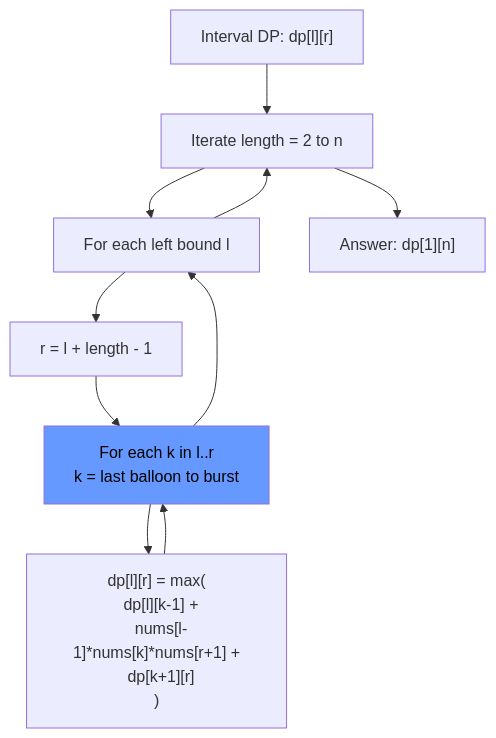
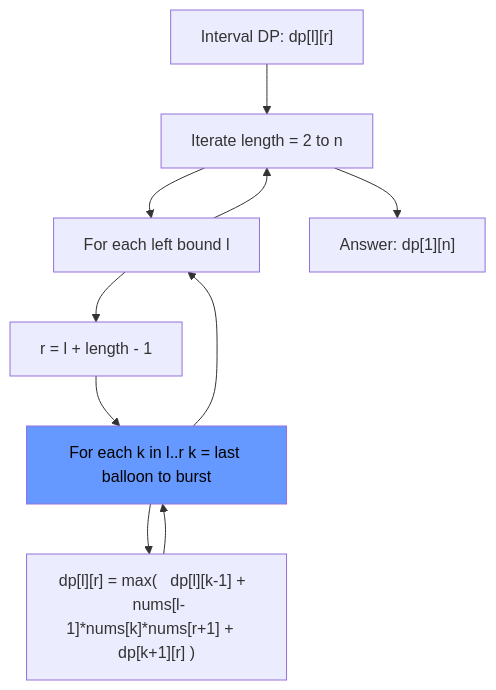
Before and after one commit to deepanshu-rawat6/AlgoAtlas: the fifth of 6 diagrams in 2d_dp/README.md, drawn with Mermaid. The commit also changed other lines of this file and 13 other files, not shown here.

````diff
--- a/2d_dp/README.md
+++ b/2d_dp/README.md
@@ -94,14 +94,14 @@
 ```mermaid
 flowchart TD
     A["Interval DP: dp[l][r]"] --> B[Iterate length = 2 to n]
     B --> C[For each left bound l]
     C --> D[r = l + length - 1]
-    D --> E[For each k in l..r<br>k = last balloon to burst]
-    E --> F["dp[l][r] = max(<br>  dp[l][k-1] +<br>  nums[l-1]*nums[k]*nums[r+1] +<br>  dp[k+1][r]<br>)"]
+    D --> E[For each k in l..r k = last balloon to burst]
+    E --> F["dp[l][r] = max(   dp[l][k-1] +   nums[l-1]*nums[k]*nums[r+1] +   dp[k+1][r] )"]
     F --> E
     E --> C
     C --> B
     B --> G["Answer: dp[1][n]"]
 
     style E fill:#69f,color:#000
 ```
````
